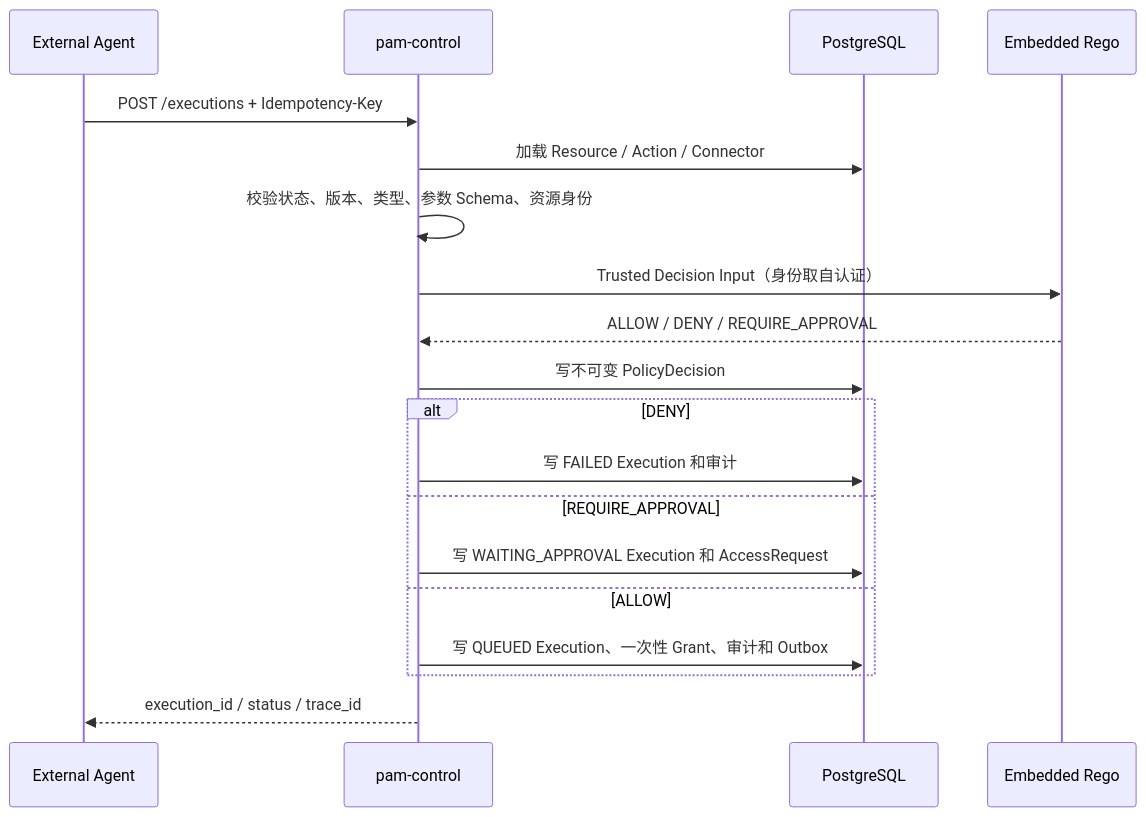
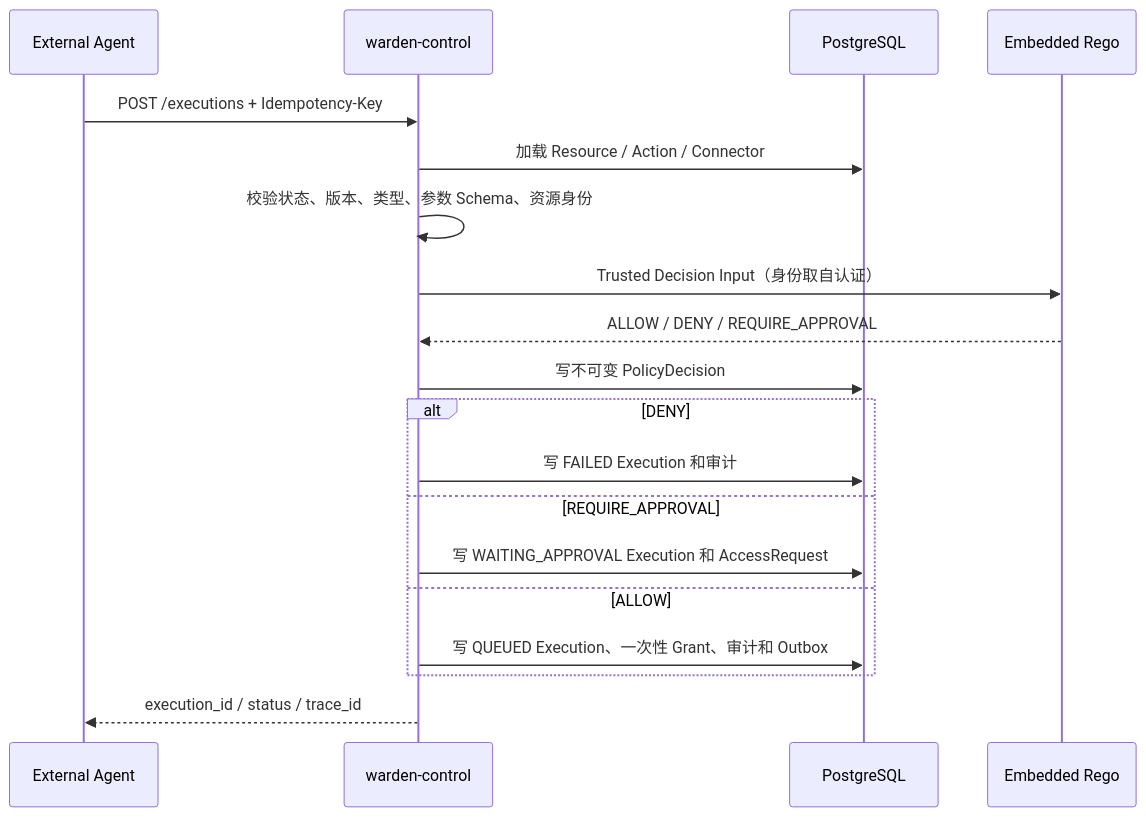
One commit to warden-platform/warden changed the second of 4 diagrams in docs/architecture.md. Above: the diagram before and after it, drawn with Mermaid. The commit also changed other lines of this file and 236 other files, not shown here.

First line of the commit message:
refactor!: rename project from PAM/HighTower to Warden

````diff
--- a/docs/architecture.md
+++ b/docs/architecture.md
@@ -128,22 +128,22 @@
 ```mermaid
 sequenceDiagram
     participant A as External Agent
-    participant C as pam-control
+    participant C as warden-control
     participant R as PostgreSQL
     participant P as Embedded Rego
 
     A->>C: POST /executions + Idempotency-Key
     C->>R: 加载 Resource / Action / Connector
     C->>C: 校验状态、版本、类型、参数 Schema、资源身份
     C->>P: Trusted Decision Input（身份取自认证）
     P-->>C: ALLOW / DENY / REQUIRE_APPROVAL
     C->>R: 写不可变 PolicyDecision
     alt DENY
         C->>R: 写 FAILED Execution 和审计
     else REQUIRE_APPROVAL
         C->>R: 写 WAITING_APPROVAL Execution 和 AccessRequest
     else ALLOW
         C->>R: 写 QUEUED Execution、一次性 Grant、审计和 Outbox
     end
     C-->>A: execution_id / status / trace_id
 ```
````
